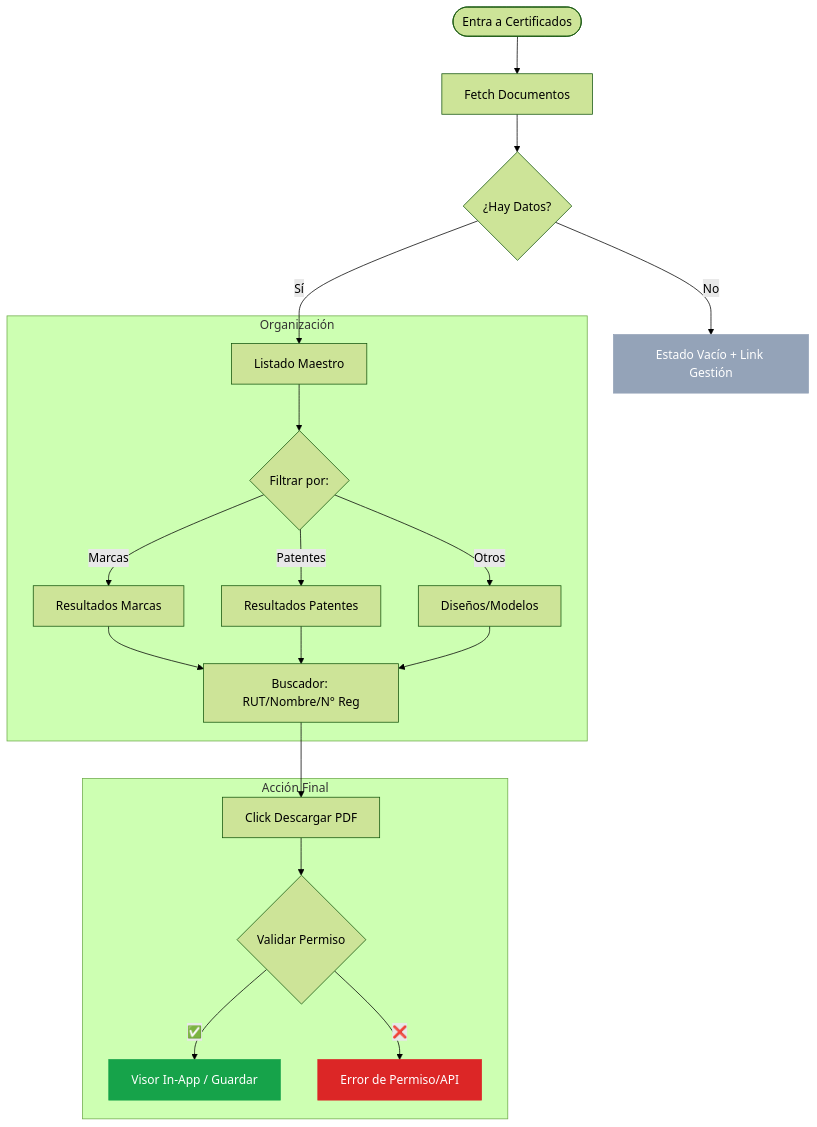
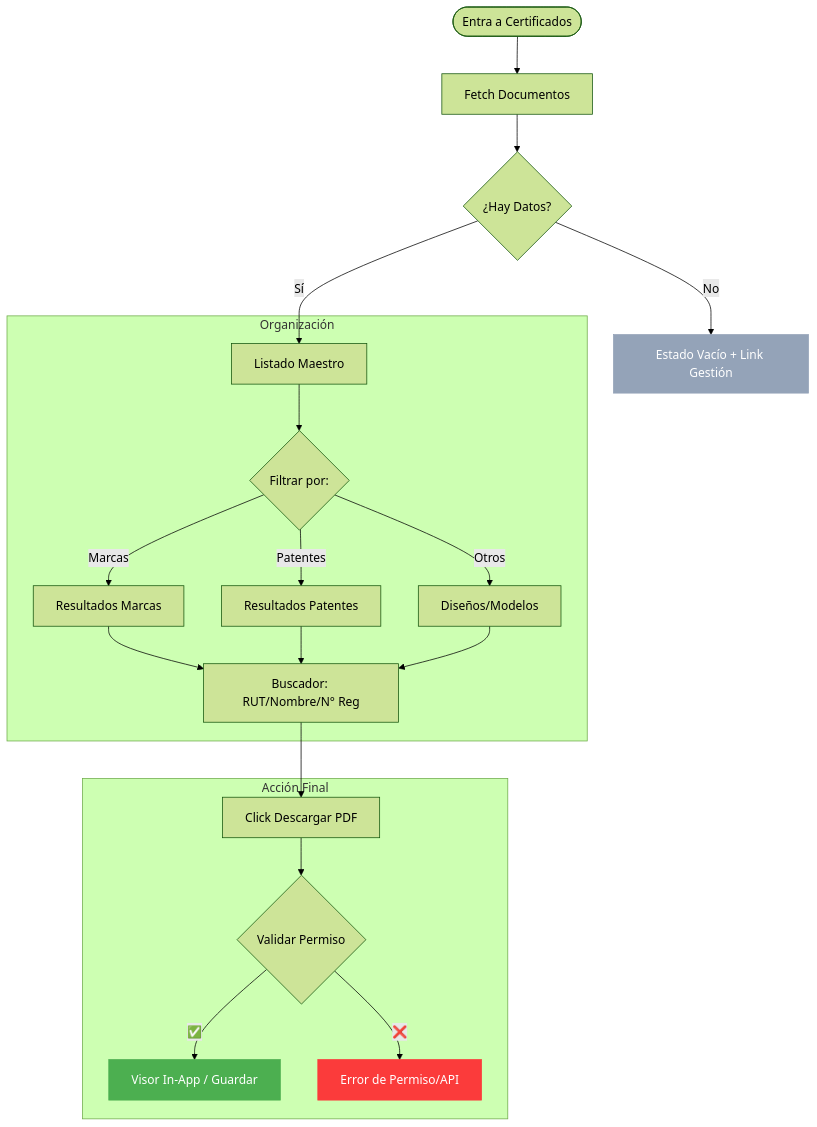
The fifth of 8 diagrams in docs/FLOW_DIAGRAMS.md (Fernandodesign96/mi-inapi-app), drawn with Mermaid (forest theme) before and after one commit. The commit also changed other lines of this file and 21 other files, not shown here.

````diff
--- a/docs/FLOW_DIAGRAMS.md
+++ b/docs/FLOW_DIAGRAMS.md
@@ -157,28 +159,28 @@
 ```mermaid
 flowchart TD
     A([Entra a Certificados]) --> B[Fetch Documentos]
     B --> C{¿Hay Datos?}
     C -->|No| D[Estado Vacío + Link Gestión]
     
     C -->|Sí| E[Listado Maestro]
     
     subgraph Filtros_Consistentes [Organización]
         E --> F{Filtrar por:}
         F -->|Marcas| G[Resultados Marcas]
         F -->|Patentes| H[Resultados Patentes]
         F -->|Otros| I[Diseños/Modelos]
         
         G & H & I --> J[Buscador: RUT/Nombre/N° Reg]
     end
 
     subgraph Descarga [Acción Final]
         J --> K[Click Descargar PDF]
         K --> L{Validar Permiso}
         L -->|✅| M[Visor In-App / Guardar]
         L -->|❌| N[Error de Permiso/API]
     end
 
     style D fill:#94A3B8,stroke:#94A3B8,color:#fff
-    style M fill:#16A34A,stroke:#16A34A,color:#fff
-    style N fill:#DC2626,stroke:#DC2626,color:#fff
+    style M fill:#4CAF50,stroke:#4CAF50,color:#fff
+    style N fill:#FB3B3B,stroke:#FB3B3B,color:#fff
 ```
````
